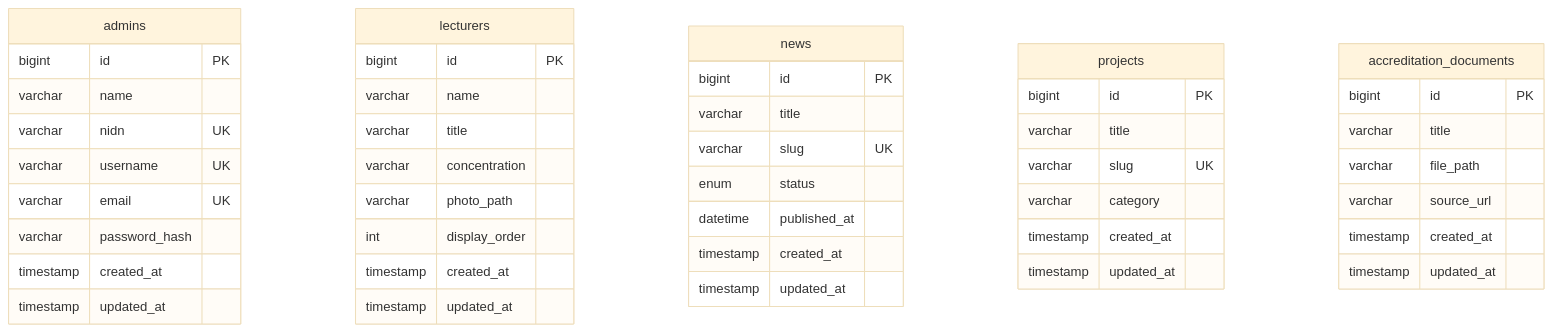
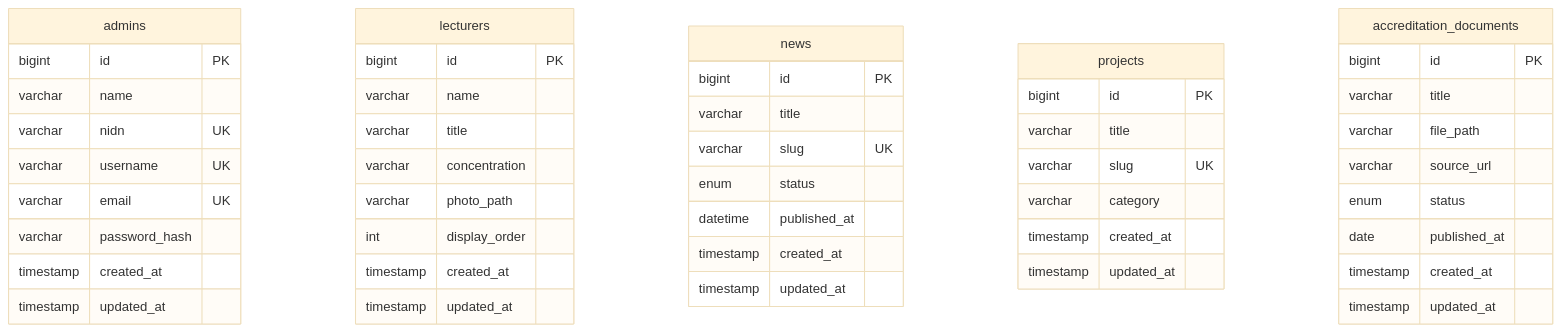
The diagram in docs/04-database.md (awp-polidewa/websiteProdiMultimedia-polidewa), drawn with Mermaid (base theme) before and after one commit. The commit also changed other lines of this file and 30 other files, not shown here.

````diff
--- a/docs/04-database.md
+++ b/docs/04-database.md
@@ -587,48 +589,50 @@
 ```mermaid
 erDiagram
     admins {
         bigint id PK
         varchar name
         varchar nidn UK
         varchar username UK
         varchar email UK
         varchar password_hash
         timestamp created_at
         timestamp updated_at
     }
     lecturers {
         bigint id PK
         varchar name
         varchar title
         varchar concentration
         varchar photo_path
         int display_order
         timestamp created_at
         timestamp updated_at
     }
     news {
         bigint id PK
         varchar title
         varchar slug UK
         enum status
         datetime published_at
         timestamp created_at
         timestamp updated_at
     }
     projects {
         bigint id PK
         varchar title
         varchar slug UK
         varchar category
         timestamp created_at
         timestamp updated_at
     }
     accreditation_documents {
         bigint id PK
         varchar title
         varchar file_path
         varchar source_url
+        enum status
+        date published_at
         timestamp created_at
         timestamp updated_at
     }
 ```
````
